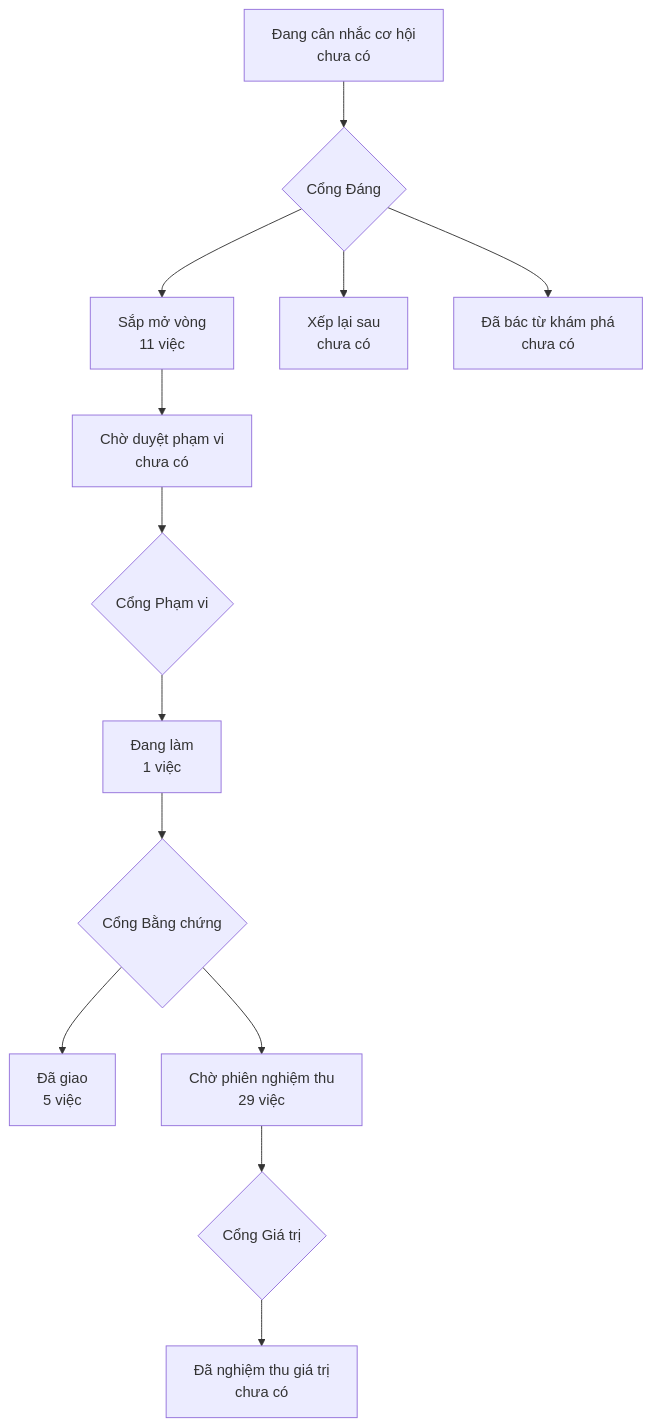
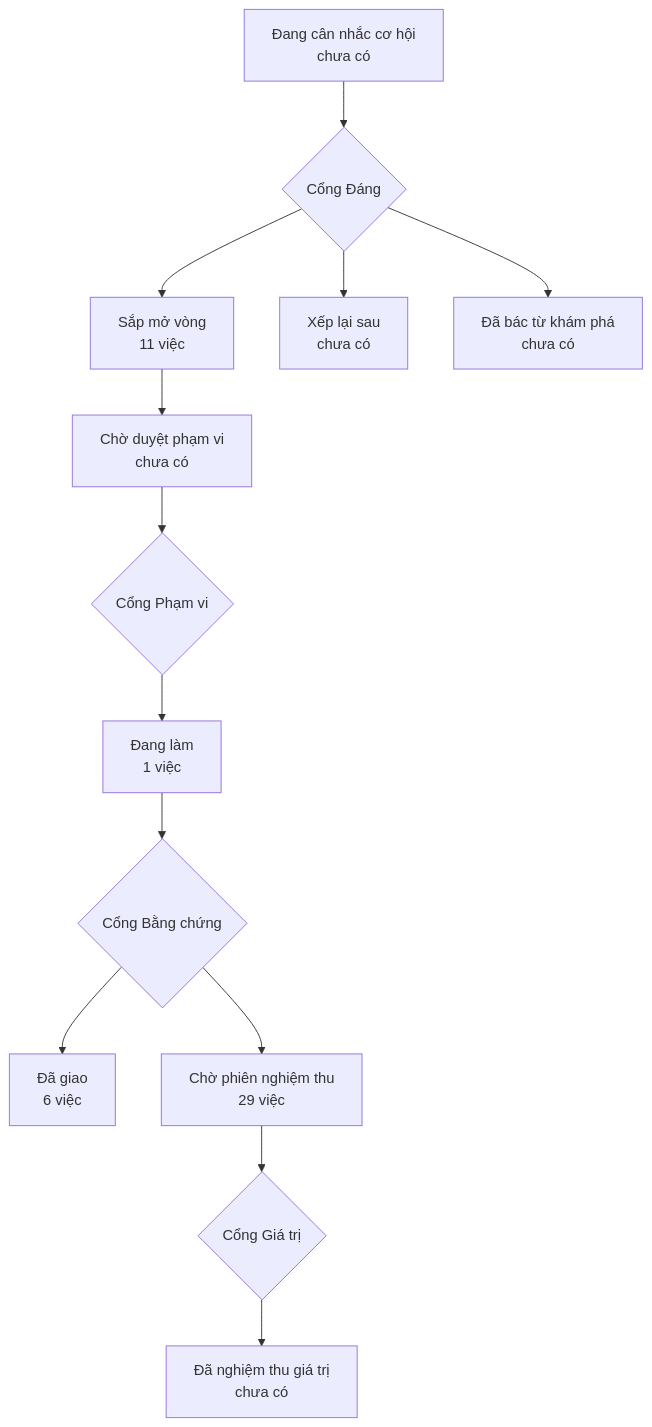
The diagram in PRODUCT-MAP.md (phanlemanh/onehub-quy-hang), drawn with Mermaid before and after one commit. The commit also changed other lines of this file and 1 other file, not shown here.

Commit message:
chore: vẽ lại bản đồ sau gộp main

````diff
--- a/PRODUCT-MAP.md
+++ b/PRODUCT-MAP.md
@@ -7,12 +7,12 @@
 ```mermaid
 flowchart TD
   A["Đang cân nhắc cơ hội<br/>chưa có"] --> GD{"Cổng Đáng"}
   GD --> B["Sắp mở vòng<br/>11 việc"]
   GD --> XL["Xếp lại sau<br/>chưa có"]
   GD --> DB["Đã bác từ khám phá<br/>chưa có"]
   B --> CD["Chờ duyệt phạm vi<br/>chưa có"] --> GP{"Cổng Phạm vi"}
   GP --> DL["Đang làm<br/>1 việc"] --> GB{"Cổng Bằng chứng"}
-  GB --> DG["Đã giao<br/>5 việc"]
+  GB --> DG["Đã giao<br/>6 việc"]
   GB --> CN["Chờ phiên nghiệm thu<br/>29 việc"] --> GG{"Cổng Giá trị"}
   GG --> NT["Đã nghiệm thu giá trị<br/>chưa có"]
 ```
````
